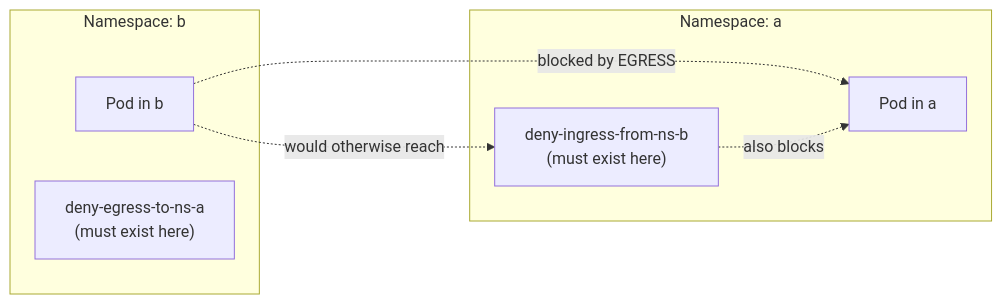
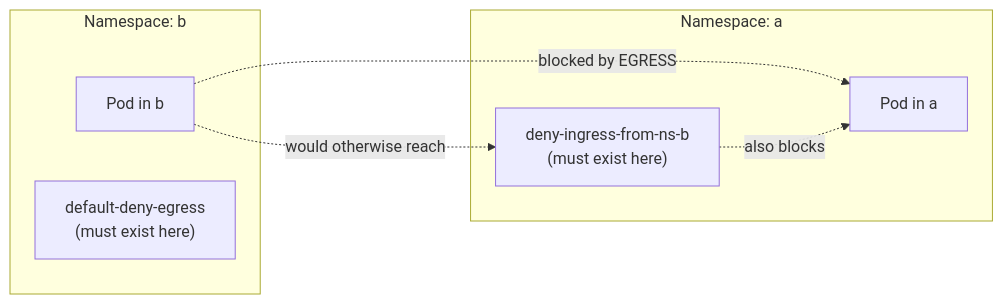
One commit to karthikreddy432/CKAD changed the fifth of 5 diagrams in 04_chapter_services_networking.md. Above: the diagram before and after it, drawn with Mermaid. The commit also changed other lines of this file and 13 other files, not shown here.

````diff
--- a/04_chapter_services_networking.md
+++ b/04_chapter_services_networking.md
@@ -712,16 +750,16 @@
 ```mermaid
 flowchart LR
     subgraph NSB["Namespace: b"]
         PB["Pod in b"]
-        EGRESS["deny-egress-to-ns-a
+        EGRESS["default-deny-egress
 (must exist here)"]
     end
     subgraph NSA["Namespace: a"]
         PA["Pod in a"]
         INGRESS["deny-ingress-from-ns-b
 (must exist here)"]
     end
     PB -.blocked by EGRESS.-> PA
     PB -.would otherwise reach.-> INGRESS
     INGRESS -.also blocks.-> PA
 ```
````
